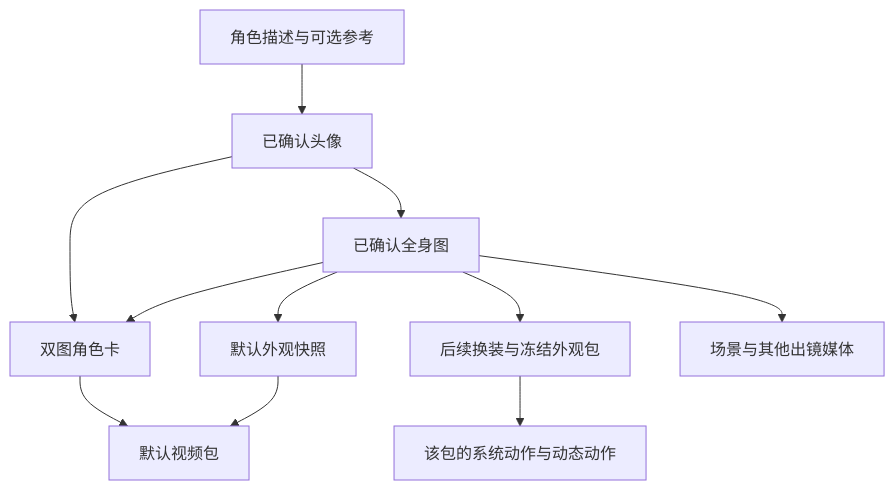
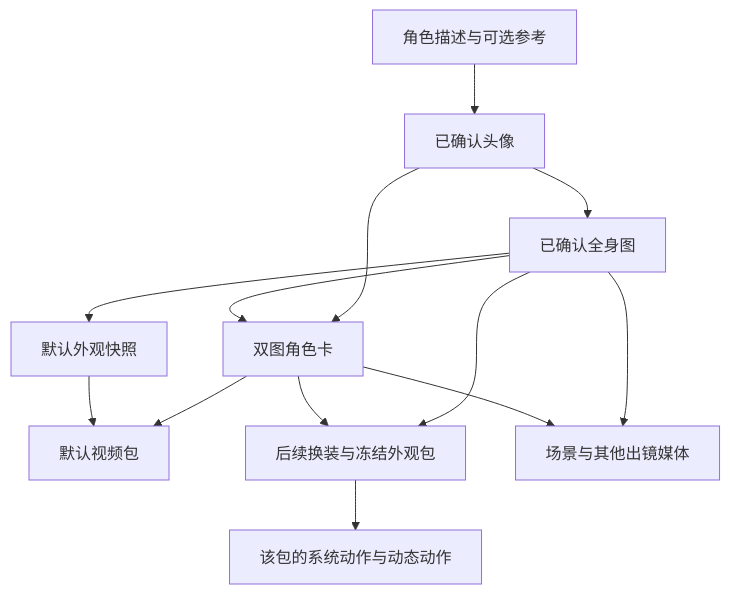
One commit to yangjinming1062/SpiritAgent changed the first of 2 diagrams in docs/PIPELINE.md. Above: the diagram before and after it, drawn with Mermaid. The commit also changed other lines of this file and 20 other files, not shown here.

````diff
--- a/docs/PIPELINE.md
+++ b/docs/PIPELINE.md
@@ -7,13 +7,15 @@
 ```mermaid
 flowchart TD
     Input[角色描述与可选参考] --> Avatar[已确认头像]
     Avatar --> Full[已确认全身图]
     Avatar --> Card[双图角色卡]
     Full --> Card
     Full --> Default[默认外观快照]
     Card --> Video[默认视频包]
     Default --> Video
     Full --> Outfit[后续换装与冻结外观包]
+    Card --> Outfit
     Outfit --> Action[该包的系统动作与动态动作]
     Full --> Scene[场景与其他出镜媒体]
+    Card --> Scene
 ```
````
